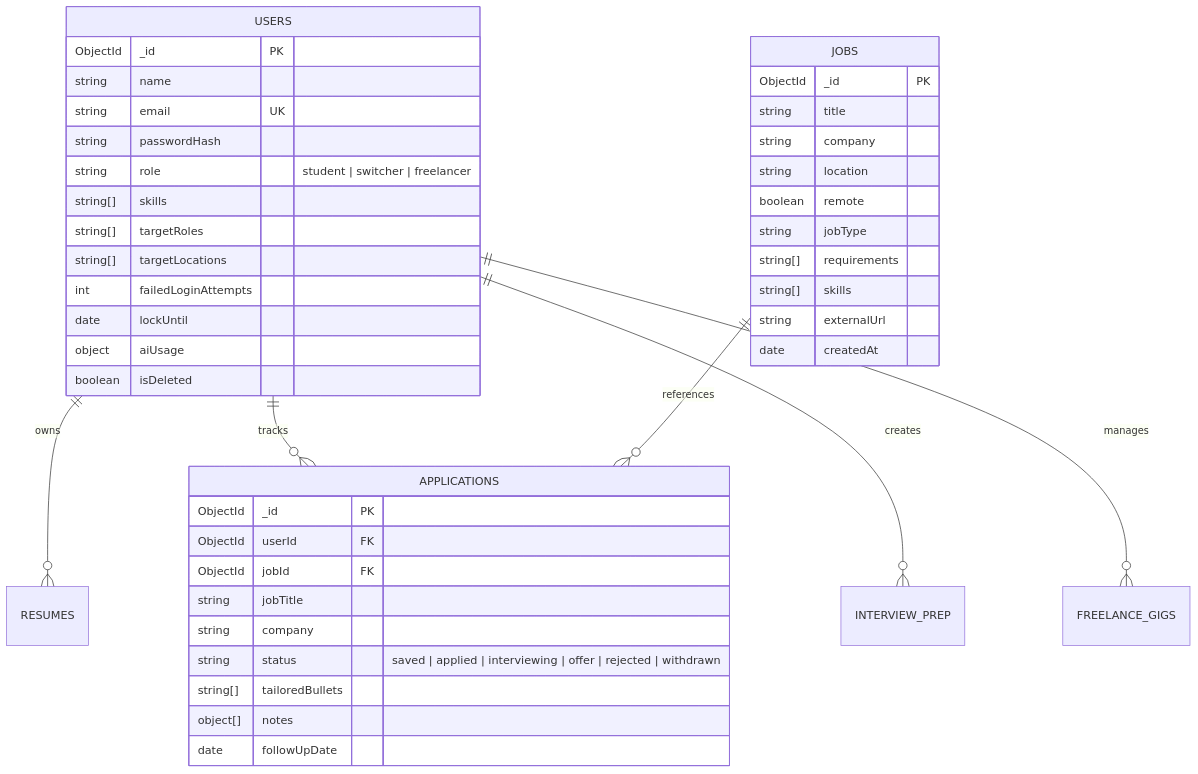
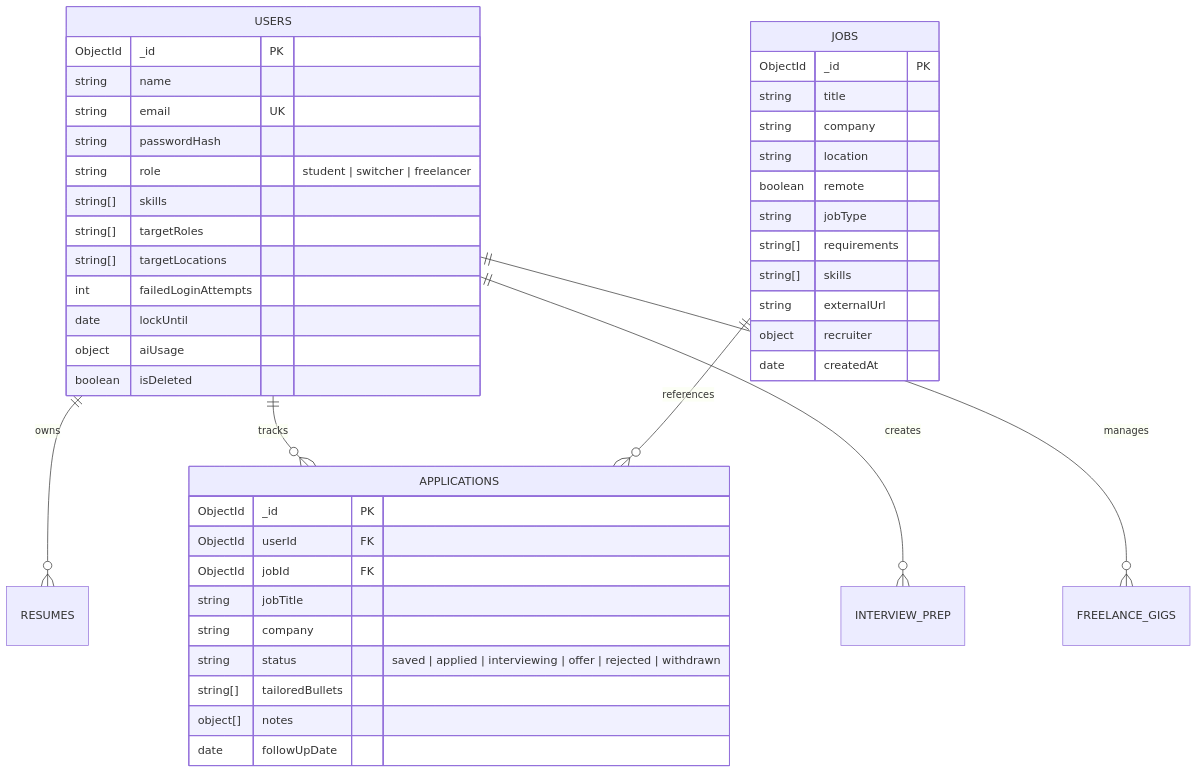
The third of 3 diagrams in API_DOCUMENTATION.md (devsharma270907-hue/JobWise), drawn with Mermaid before and after one commit. The commit also changed 63 other files, not shown here.

````diff
--- a/API_DOCUMENTATION.md
+++ b/API_DOCUMENTATION.md
@@ -525,48 +525,49 @@
 ```mermaid
 erDiagram
     USERS ||--o{ RESUMES : owns
     USERS ||--o{ APPLICATIONS : tracks
     USERS ||--o{ INTERVIEW_PREP : creates
     USERS ||--o{ FREELANCE_GIGS : manages
     JOBS ||--o{ APPLICATIONS : references
 
     USERS {
         ObjectId _id PK
         string name
         string email UK
         string passwordHash
         string role "student | switcher | freelancer"
         string[] skills
         string[] targetRoles
         string[] targetLocations
         int failedLoginAttempts
         date lockUntil
         object aiUsage
         boolean isDeleted
     }
 
     APPLICATIONS {
         ObjectId _id PK
         ObjectId userId FK
         ObjectId jobId FK
         string jobTitle
         string company
         string status "saved | applied | interviewing | offer | rejected | withdrawn"
         string[] tailoredBullets
         object[] notes
         date followUpDate
     }
 
     JOBS {
         ObjectId _id PK
         string title
         string company
         string location
         boolean remote
         string jobType
         string[] requirements
         string[] skills
         string externalUrl
+        object recruiter
         date createdAt
     }
 ```
````
